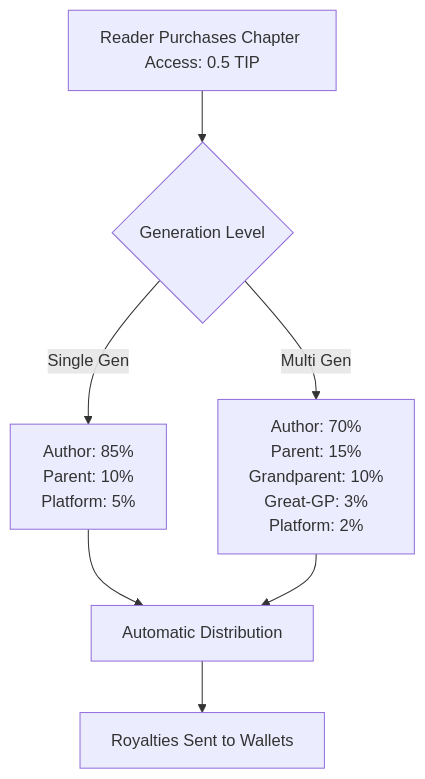
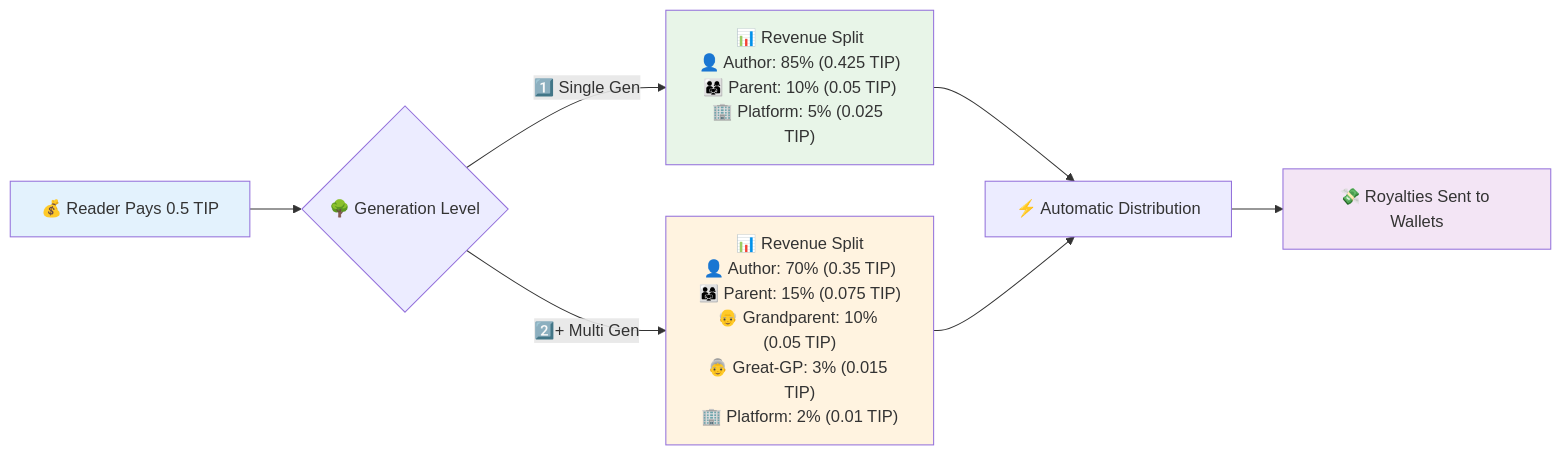
One commit to AndyBoWu/storyhouse-vip changed the third of 4 diagrams in docs/product/COLLABORATIVE_STORYTELLING.md. Above: the diagram before and after it, drawn with Mermaid. The commit also changed other lines of this file, not shown here.

First line of the commit message:
🎨 Convert mermaid diagrams to git-style visual flow

````diff
--- a/docs/product/COLLABORATIVE_STORYTELLING.md
+++ b/docs/product/COLLABORATIVE_STORYTELLING.md
@@ -156,9 +167,17 @@
 ```mermaid
-graph TD
-    A[Reader Purchases Chapter Access: 0.5 TIP] --> B{Generation Level}
-    B -->|Single Gen| C[Author: 85%<br/>Parent: 10%<br/>Platform: 5%]
-    B -->|Multi Gen| D[Author: 70%<br/>Parent: 15%<br/>Grandparent: 10%<br/>Great-GP: 3%<br/>Platform: 2%]
-    C --> E[Automatic Distribution]
+flowchart LR
+    A["💰 Reader Pays 0.5 TIP"] --> B{"🌳 Generation Level"}
+    
+    B -->|"1️⃣ Single Gen"| C["📊 Revenue Split<br/>👤 Author: 85% (0.425 TIP)<br/>👨‍👩‍👧 Parent: 10% (0.05 TIP)<br/>🏢 Platform: 5% (0.025 TIP)"]
+    
+    B -->|"2️⃣+ Multi Gen"| D["📊 Revenue Split<br/>👤 Author: 70% (0.35 TIP)<br/>👨‍👩‍👧 Parent: 15% (0.075 TIP)<br/>👴 Grandparent: 10% (0.05 TIP)<br/>👵 Great-GP: 3% (0.015 TIP)<br/>🏢 Platform: 2% (0.01 TIP)"]
+    
+    C --> E["⚡ Automatic Distribution"]
     D --> E
-    E --> F[Royalties Sent to Wallets]
+    E --> F["💸 Royalties Sent to Wallets"]
+    
+    style A fill:#e3f2fd
+    style C fill:#e8f5e8
+    style D fill:#fff3e0
+    style F fill:#f3e5f5
 ```
````
